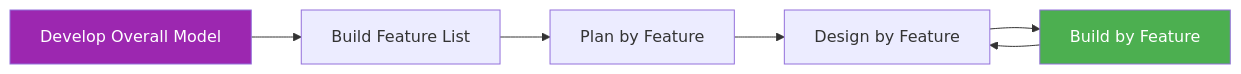
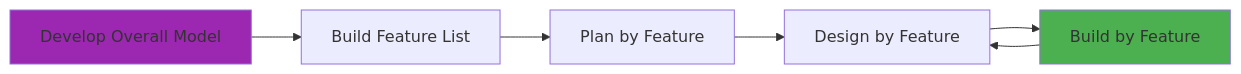
Diagram 15 of 44 in agile.md (Anuhyaaa/web-optimization), drawn with Mermaid before and after one commit. The commit also changed other lines of this file and 1 other file, not shown here.

Commit message:
Fix Mermaid diagram text visibility by removing invalid color:white syntax

````diff
--- a/agile.md
+++ b/agile.md
@@ -794,11 +794,11 @@
 ```mermaid
 flowchart LR
     A[Develop Overall Model] --> B[Build Feature List]
     B --> C[Plan by Feature]
     C --> D[Design by Feature]
     D --> E[Build by Feature]
     E --> D
     
-    style A fill:#9C27B0,color:white
-    style E fill:#4CAF50,color:white
+    style A fill:#9C27B0
+    style E fill:#4CAF50
 ```
````
